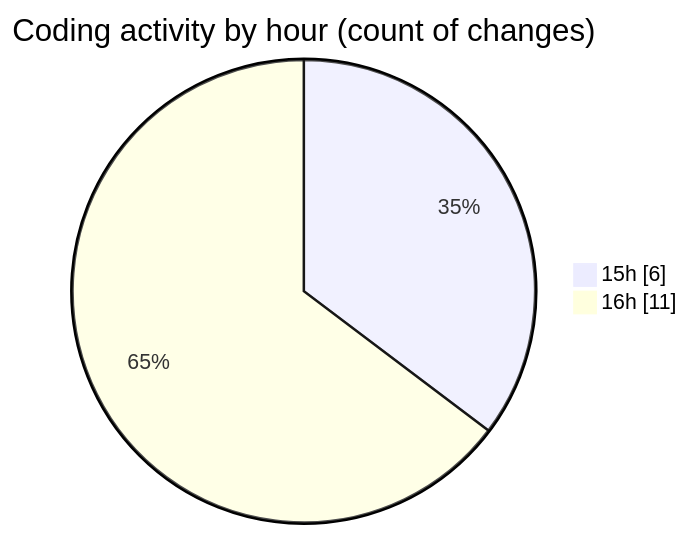
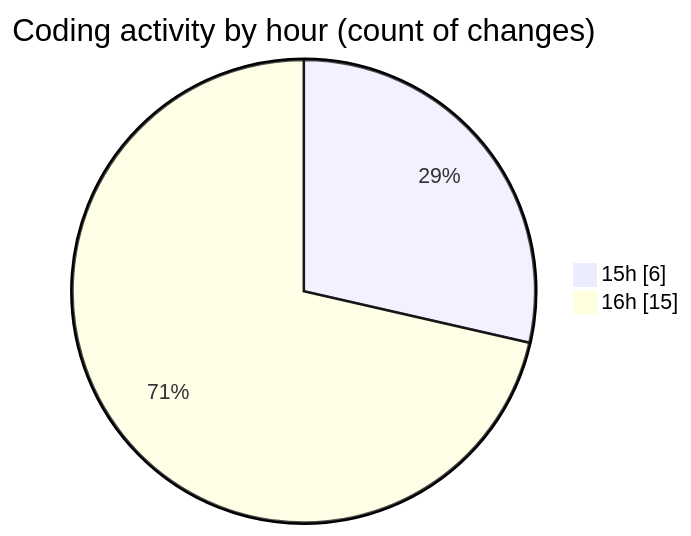
Before and after one commit to momahboobian/code-tracking: the second of 2 diagrams in 2025-09-10/cda/README.md, drawn with Mermaid. The commit also changed other lines of this file and 1 other file, not shown here.

````diff
--- a/2025-09-10/cda/README.md
+++ b/2025-09-10/cda/README.md
@@ -38,6 +40,6 @@
 ```mermaid
 pie showData
 title Coding activity by hour (count of changes)
 "15h" : 6
-"16h" : 11
+"16h" : 15
 ```
````
